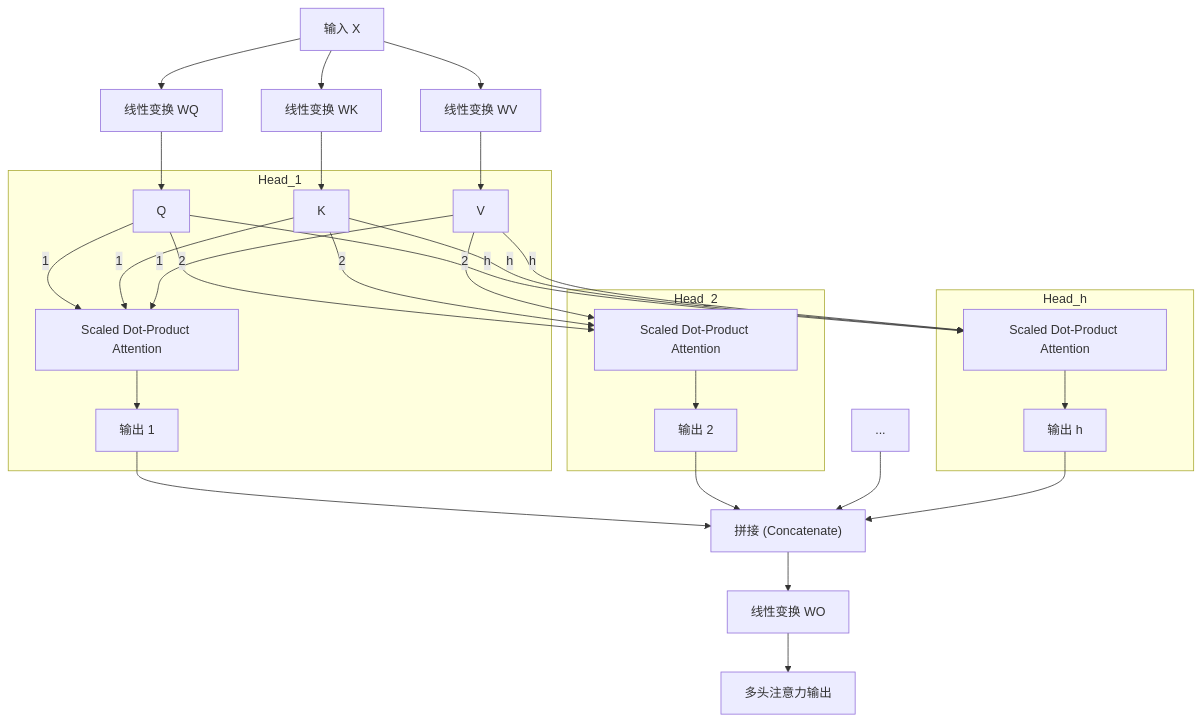
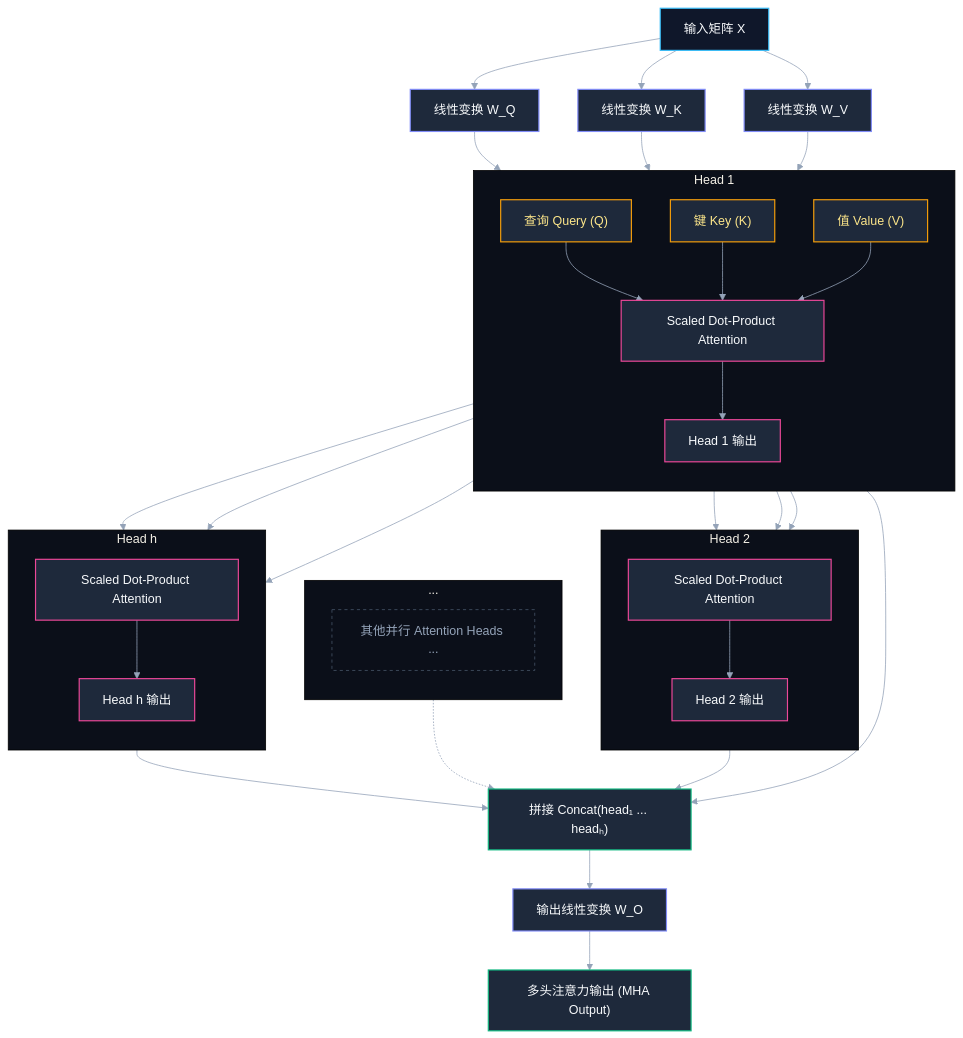
Before and after one commit to teatang/t-blog: the second of 2 diagrams in source/_posts/2025/2025-05-14_Transformer 模型深度详解.md, drawn with Mermaid. The commit also changed other lines of this file, not shown here.

Commit message:
update blog

```diff
--- a/source/_posts/2025/2025-05-14_Transformer 模型深度详解.md
+++ b/source/_posts/2025/2025-05-14_Transformer 模型深度详解.md
@@ -127,35 +160,76 @@
 {% mermaid %}
+%%{init: {
+  'theme': 'base',
+  'themeVariables': {
+    'primaryColor': '#1E293B',
+    'primaryTextColor': '#F8FAFC',
+    'primaryBorderColor': '#475569',
+    'lineColor': '#94A3B8',
+    'secondaryColor': '#0F172A',
+    'tertiaryColor': '#0B0F19'
+  }
+}}%%
 graph TD
-    Input_X[输入 X] --> Linear_Q[线性变换 WQ];
-    Input_X --> Linear_K[线性变换 WK];
-    Input_X --> Linear_V[线性变换 WV];
+    %% 输入与投影层
+    Input_X["输入矩阵 X"] --> Linear_Q["线性变换 W_Q"]
+    Input_X --> Linear_K["线性变换 W_K"]
+    Input_X --> Linear_V["线性变换 W_V"]
 
-    Linear_Q --> Q[Q];
-    Linear_K --> K[K];
-    Linear_V --> V[V];
+    Linear_Q --> Q["查询 Query (Q)"]
+    Linear_K --> K["键 Key (K)"]
+    Linear_V --> V["值 Value (V)"]
 
-    subgraph Head_1
-        Q -- 1 --> Attn_1[Scaled Dot-Product Attention];
-        K -- 1 --> Attn_1;
-        V -- 1 --> Attn_1;
-        Attn_1 --> Output_1[输出 1];
+    %% 多头并行计算区
+    subgraph Head_1["Head 1"]
+        direction TB
+        Q --> Attn_1["Scaled Dot-Product Attention"]
+        K --> Attn_1
+        V --> Attn_1
+        Attn_1 --> Out_1["Head 1 输出"]
     end
 
-    subgraph Head_2
-        Q -- 2 --> Attn_2[Scaled Dot-Product Attention];
-        K -- 2 --> Attn_2;
-        V -- 2 --> Attn_2;
-        Attn_2 --> Output_2[输出 2];
+    subgraph Head_2["Head 2"]
+        direction TB
+        Q --> Attn_2["Scaled Dot-Product Attention"]
+        K --> Attn_2
+        V --> Attn_2
+        Attn_2 --> Out_2["Head 2 输出"]
     end
 
-    subgraph Head_h
-        Q -- h --> Attn_h[Scaled Dot-Product Attention];
-        K -- h --> Attn_h;
-        V -- h --> Attn_h;
-        Attn_h --> Output_h[输出 h];
+    subgraph Head_Dots["..."]
+        direction TB
+        DotsHead["其他并行 Attention Heads ..."]
     end
 
-    Output_1 & Output_2 & ... & Output_h --> Concat["拼接 (Concatenate)"];
-    Concat --> Linear_Output[线性变换 WO];
-    Linear_Output --> Final_Output[多头注意力输出];
+    subgraph Head_h["Head h"]
+        direction TB
+        Q --> Attn_h["Scaled Dot-Product Attention"]
+        K --> Attn_h
+        V --> Attn_h
+        Attn_h --> Out_h["Head h 输出"]
+    end
+
+    %% 汇聚与最终输出
+    Out_1 --> Concat["拼接 Concat(head₁ ... headₕ)"]
+    Out_2 --> Concat
+    DotsHead -.-> Concat
+    Out_h --> Concat
+
+    Concat --> Linear_O["输出线性变换 W_O"]
+    Linear_O --> Final_Out["多头注意力输出 (MHA Output)"]
+
+    %% 样式定义 (针对深色背景 Slate-800/900 调优)
+    classDef inputStyle fill:#0F172A,stroke:#38BDF8,stroke-width:1.5px,color:#F8FAFC;
+    classDef projStyle fill:#1E293B,stroke:#818CF8,stroke-width:1.5px,color:#F8FAFC;
+    classDef qkvStyle fill:#1E293B,stroke:#F59E0B,stroke-width:1.5px,color:#FDE68A;
+    classDef attnStyle fill:#1E293B,stroke:#EC4899,stroke-width:1.5px,color:#F8FAFC;
+    classDef concatStyle fill:#1E293B,stroke:#10B981,stroke-width:1.5px,color:#F8FAFC;
+    classDef dotsStyle fill:none,stroke:#475569,stroke-dasharray: 4 4,color:#94A3B8;
+
+    class Input_X inputStyle;
+    class Linear_Q,Linear_K,Linear_V,Linear_O projStyle;
+    class Q,K,V qkvStyle;
+    class Attn_1,Attn_2,Attn_h,Out_1,Out_2,Out_h attnStyle;
+    class Concat,Final_Out concatStyle;
+    class DotsHead dotsStyle;
 {% endmermaid %}
```
